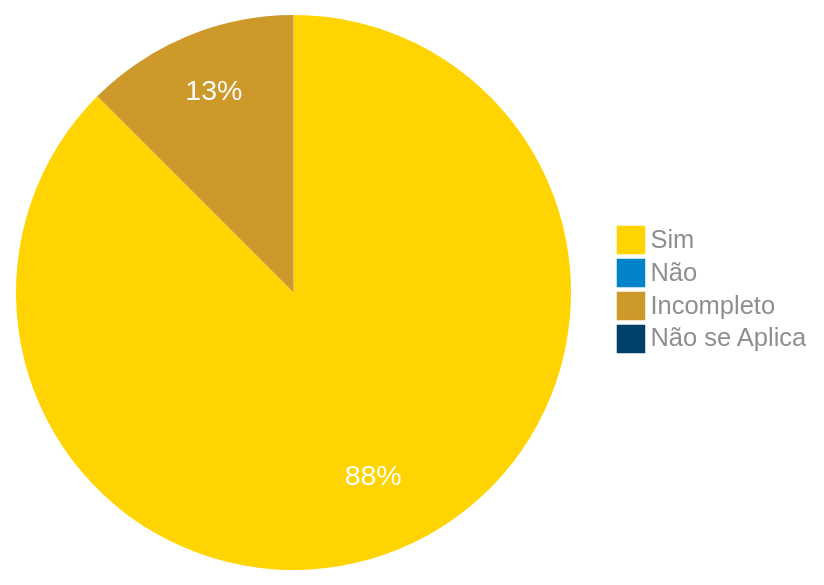
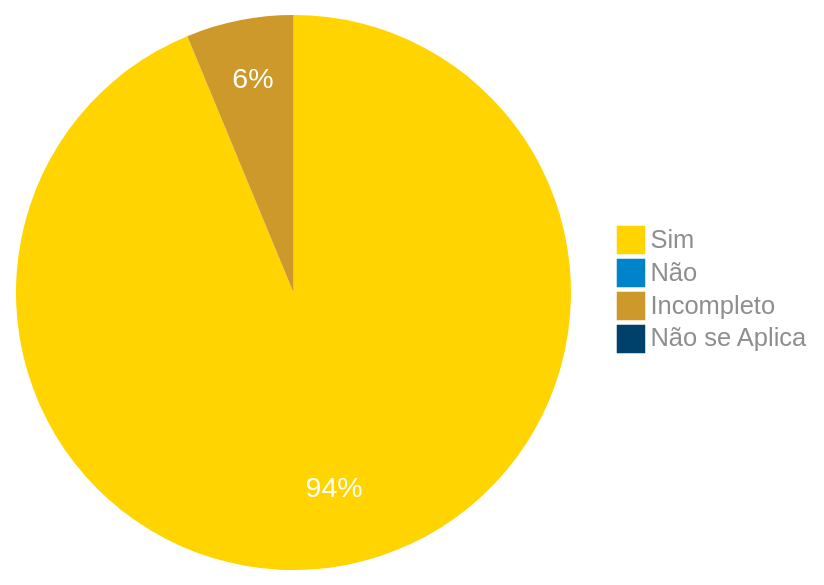
One commit to claudiohsc/2024.1-Correios changed the third of 3 diagrams in docs/verificacao_01/grupo/analise_requisitos1/cenarios.md. Above: the diagram before and after it, drawn with Mermaid. The commit also changed other lines of this file, not shown here.

````diff
--- a/docs/verificacao_01/grupo/analise_requisitos1/cenarios.md
+++ b/docs/verificacao_01/grupo/analise_requisitos1/cenarios.md
@@ -322,24 +320,24 @@
 ``` mermaid
 %%{
   init: {
     'theme': 'base',
     'themeVariables': {
         'primaryColor': '#FFD400',
         'secondaryColor': '#0083CA',
         'tertiaryColor': '#CD992B',
         'pie4': '#00416B',
         'primaryTextColor': '#8e8e8e',
         'pieStrokeWidth': '0px',
         'pieOuterStrokeWidth': '0px',
         'pieOpacity': '1',
         'pieSectionTextColor': '#fff',
         'pieSectionTextSize': '19px'
     }
   }
 }%%
 pie
-    "Sim" : 7
+    "Sim" : 15
     "Não" : 0
     "Incompleto" : 1
     "Não se Aplica" : 0
 ```
````
